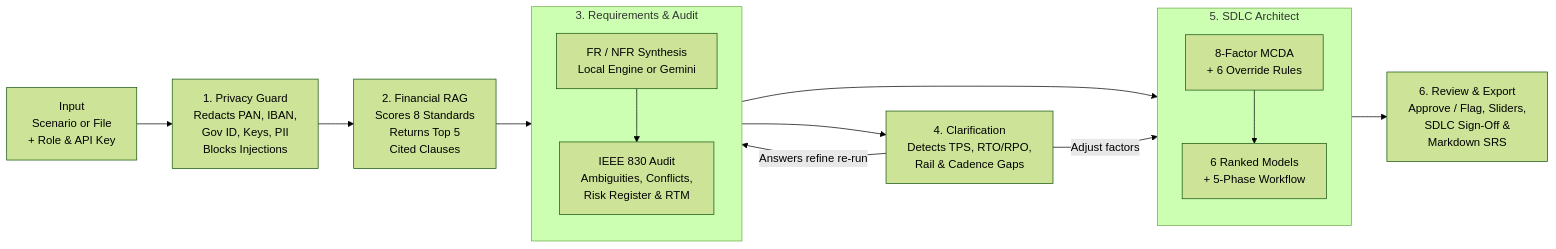
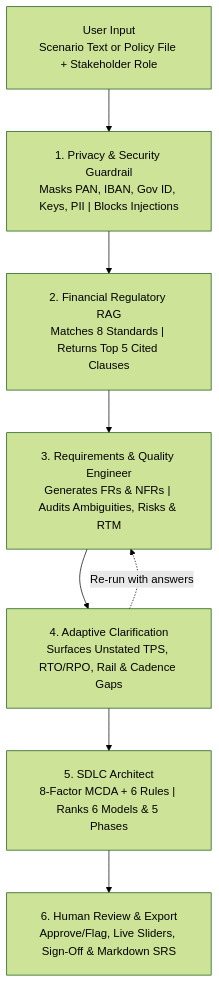
Before and after one commit to shivamkumar87/finreq-ai: the diagram in README.md, drawn with Mermaid (forest theme). The commit also changed 1 other file, not shown here.

Commit message:
docs: use spacious portrait layout for flow diagrams

````diff
--- a/README.md
+++ b/README.md
@@ -20,31 +20,19 @@
 ```mermaid
-flowchart LR
-    Input["Input\nScenario or File\n+ Role & API Key"]
-    Guard["1. Privacy Guard\nRedacts PAN, IBAN,\nGov ID, Keys, PII\nBlocks Injections"]
-    RAG["2. Financial RAG\nScores 8 Standards\nReturns Top 5\nCited Clauses"]
+%%{init: {'flowchart': {'rankSpacing': 60, 'nodeSpacing': 50, 'padding': 22, 'curve': 'basis'}}}%%
+flowchart TD
+    Input["User Input\nScenario Text or Policy File + Stakeholder Role"]
+    Guard["1. Privacy & Security Guardrail\nMasks PAN, IBAN, Gov ID, Keys, PII | Blocks Injections"]
+    RAG["2. Financial Regulatory RAG\nMatches 8 Standards | Returns Top 5 Cited Clauses"]
+    Req["3. Requirements & Quality Engineer\nGenerates FRs & NFRs | Audits Ambiguities, Risks & RTM"]
+    Clarify["4. Adaptive Clarification\nSurfaces Unstated TPS, RTO/RPO, Rail & Cadence Gaps"]
+    SDLC["5. SDLC Architect\n8-Factor MCDA + 6 Rules | Ranks 6 Models & 5 Phases"]
+    HITL["6. Human Review & Export\nApprove/Flag, Live Sliders, Sign-Off & Markdown SRS"]
 
-    subgraph ReqStage["3. Requirements & Audit"]
-        direction TB
-        Gen["FR / NFR Synthesis\nLocal Engine or Gemini"]
-        Audit["IEEE 830 Audit\nAmbiguities, Conflicts,\nRisk Register & RTM"]
-        Gen --> Audit
-    end
-
-    Clarify["4. Clarification\nDetects TPS, RTO/RPO,\nRail & Cadence Gaps"]
-
-    subgraph SDLCStage["5. SDLC Architect"]
-        direction TB
-        MCDA["8-Factor MCDA\n+ 6 Override Rules"]
-        WF["6 Ranked Models\n+ 5-Phase Workflow"]
-        MCDA --> WF
-    end
-
-    HITL["6. Review & Export\nApprove / Flag, Sliders,\nSDLC Sign-Off &\nMarkdown SRS"]
-
-    Input --> Guard --> RAG --> ReqStage
-    ReqStage --> Clarify
-    ReqStage --> SDLCStage
-    Clarify -->|"Answers refine re-run"| ReqStage
-    Clarify -->|"Adjust factors"| SDLCStage
-    SDLCStage --> HITL
+    Input --> Guard
+    Guard --> RAG
+    RAG --> Req
+    Req --> Clarify
+    Clarify --> SDLC
+    Clarify -.->|"Re-run with answers"| Req
+    SDLC --> HITL
 ```
````
